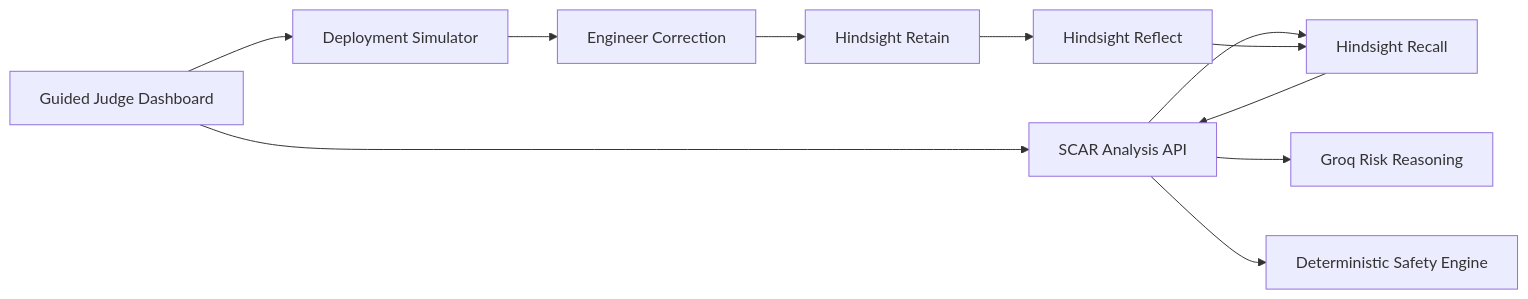
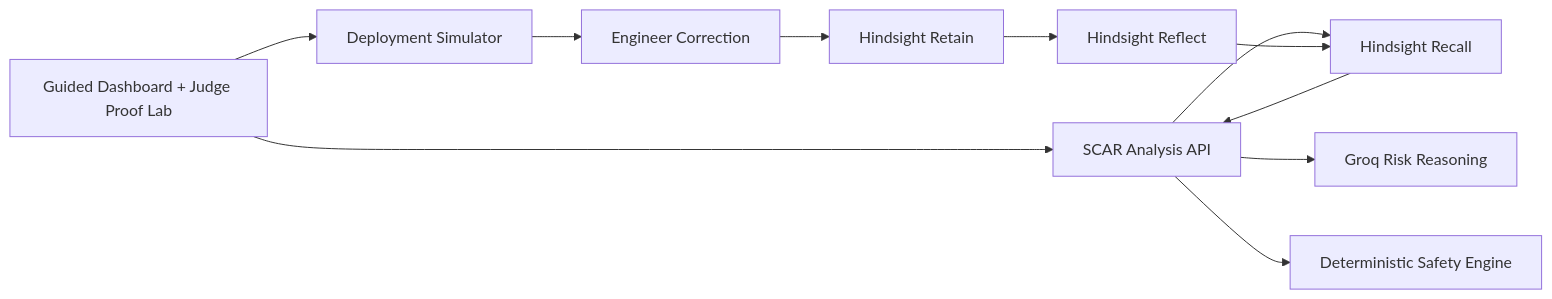
One commit to AvnishR4j/scar-production-immune-system changed the diagram in README.md. Above: the diagram before and after it, drawn with Mermaid. The commit also changed other lines of this file and 15 other files, not shown here.

Commit message:
Add falsifiable learning proof lab

````diff
--- a/README.md
+++ b/README.md
@@ -39,13 +53,13 @@
 ```mermaid
 flowchart LR
-  UI[Guided Judge Dashboard] --> API[SCAR Analysis API]
+  UI[Guided Dashboard + Judge Proof Lab] --> API[SCAR Analysis API]
   API --> HR[Hindsight Recall]
   API --> G[Groq Risk Reasoning]
   API --> D[Deterministic Safety Engine]
   UI --> SIM[Deployment Simulator]
   SIM --> INC[Engineer Correction]
   INC --> HT[Hindsight Retain]
   HT --> HF[Hindsight Reflect]
   HF --> HR
   HR --> API
 ```
````
